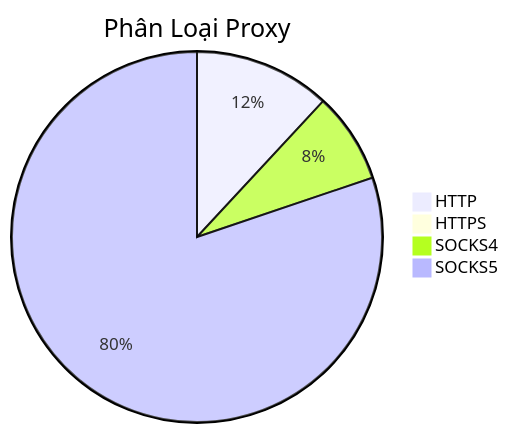
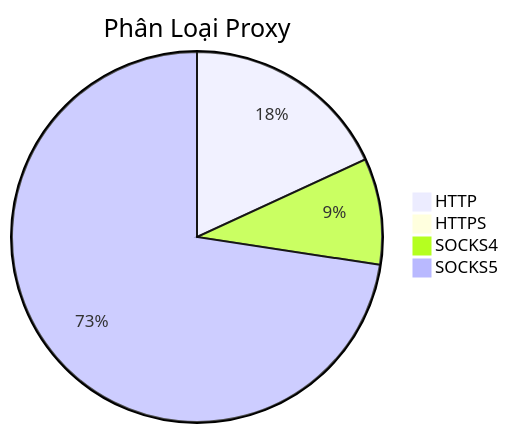
Before and after one commit to Ciara-Aa/PROXY-free: the diagram in README.md, drawn with Mermaid. The commit also changed other lines of this file and 4 other files, not shown here.

````diff
--- a/README.md
+++ b/README.md
@@ -26,7 +26,7 @@
 ```mermaid
 pie title Phân Loại Proxy
-    "HTTP" : 444
-    "HTTPS" : 2
-    "SOCKS4" : 295
-    "SOCKS5" : 2990
+    "HTTP" : 488
+    "HTTPS" : 3
+    "SOCKS4" : 250
+    "SOCKS5" : 1955
 ```
````
